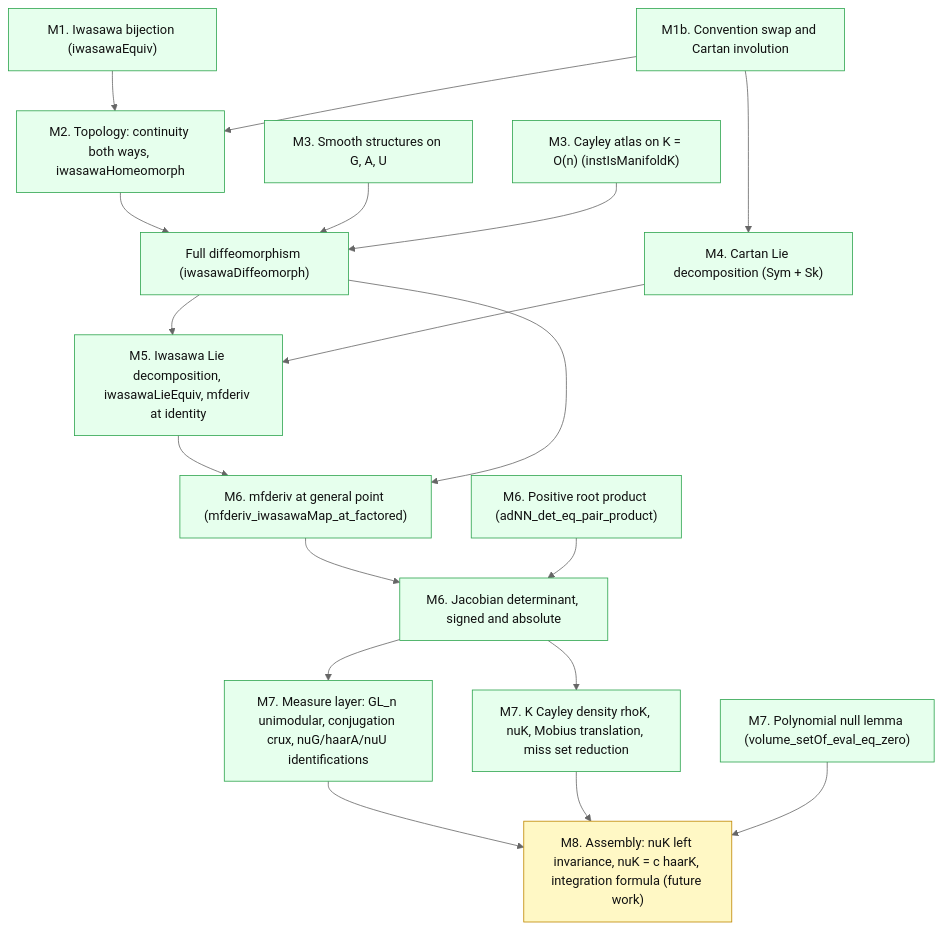
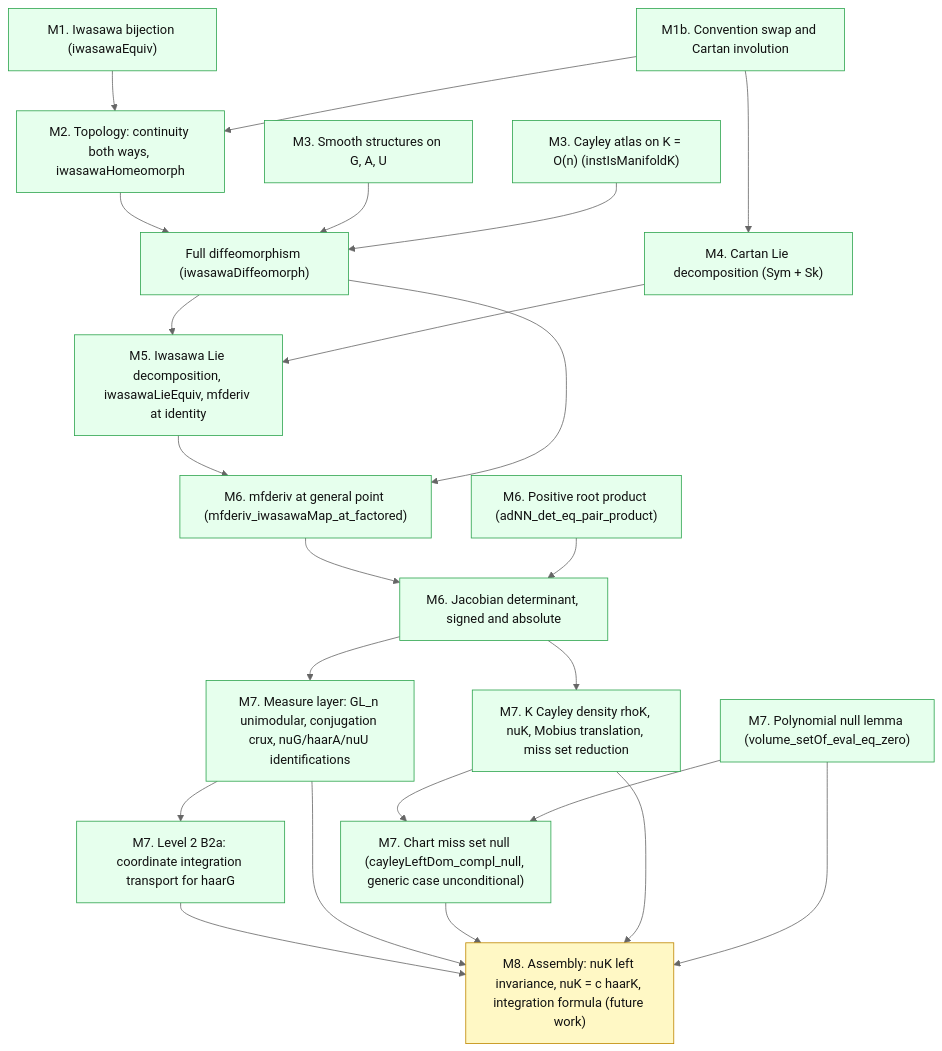
Before and after one commit to CuteSurtr/iwasawa-change-of-coordinates: the fourth of 6 diagrams in README.md, drawn with Mermaid (neutral theme). The commit also changed other lines of this file, not shown here.

````diff
--- a/README.md
+++ b/README.md
@@ -1081,41 +1143,48 @@
 ```mermaid
 flowchart TD
     M1["M1. Iwasawa bijection (iwasawaEquiv)"]
     M1b["M1b. Convention swap and Cartan involution"]
     M2["M2. Topology: continuity both ways, iwasawaHomeomorph"]
     M3g["M3. Smooth structures on G, A, U"]
     M3k["M3. Cayley atlas on K = O(n) (instIsManifoldK)"]
     DIFF["Full diffeomorphism (iwasawaDiffeomorph)"]
     M4["M4. Cartan Lie decomposition (Sym + Sk)"]
     M5["M5. Iwasawa Lie decomposition, iwasawaLieEquiv, mfderiv at identity"]
     M6d["M6. mfderiv at general point (mfderiv_iwasawaMap_at_factored)"]
     M6p["M6. Positive root product (adNN_det_eq_pair_product)"]
     M6j["M6. Jacobian determinant, signed and absolute"]
     M7m["M7. Measure layer: GL_n unimodular, conjugation crux, nuG/haarA/nuU identifications"]
+    M7b["M7. Level 2 B2a: coordinate integration transport for haarG"]
     M7k["M7. K Cayley density rhoK, nuK, Mobius translation, miss set reduction"]
+    M7n["M7. Chart miss set null (cayleyLeftDom_compl_null, generic case unconditional)"]
     M7p["M7. Polynomial null lemma (volume_setOf_eval_eq_zero)"]
     M8["M8. Assembly: nuK left invariance, nuK = c haarK, integration formula (future work)"]
 
     M1 --> M2
     M1b --> M2
     M1b --> M4
     M2 --> DIFF
     M3g --> DIFF
     M3k --> DIFF
     DIFF --> M5
     M4 --> M5
     M5 --> M6d
     DIFF --> M6d
     M6d --> M6j
     M6p --> M6j
     M6j --> M7m
     M6j --> M7k
+    M7m --> M7b
+    M7b --> M8
     M7m --> M8
+    M7k --> M7n
+    M7p --> M7n
+    M7n --> M8
     M7k --> M8
     M7p --> M8
 
     classDef proved fill:#e6ffed,stroke:#2da44e,color:#111;
     classDef future fill:#fff8c5,stroke:#bf8700,color:#111;
-    class M1,M1b,M2,M3g,M3k,DIFF,M4,M5,M6d,M6p,M6j,M7m,M7k,M7p proved;
+    class M1,M1b,M2,M3g,M3k,DIFF,M4,M5,M6d,M6p,M6j,M7m,M7b,M7k,M7n,M7p proved;
     class M8 future;
 ```
````
